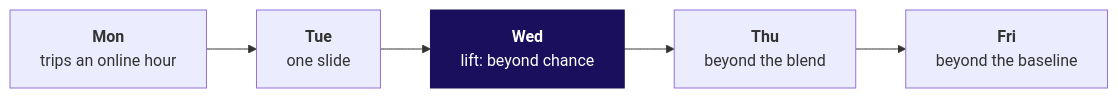
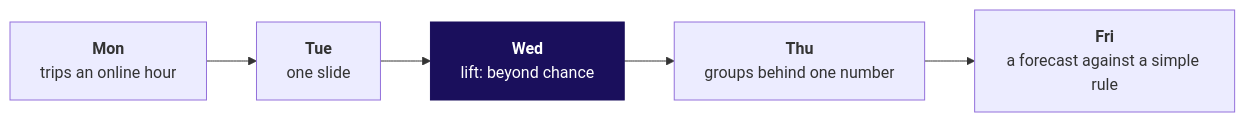
Before and after one commit to fde-academy-lab/c2-content-factory: the fifth of 9 diagrams in content/W04/D3/whiteboards/C2_W04_D03_board_work_STUDENT.md, drawn with Mermaid. The commit also changed other lines of this file and 20 other files, not shown here.

````diff
--- a/content/W04/D3/whiteboards/C2_W04_D03_board_work_STUDENT.md
+++ b/content/W04/D3/whiteboards/C2_W04_D03_board_work_STUDENT.md
@@ -99,9 +99,9 @@
 ```mermaid
 flowchart LR
     M["<b>Mon</b><br/>trips an online hour"] --> T["<b>Tue</b><br/>one slide"]
     T --> W["<b>Wed</b><br/>lift: beyond chance"]
-    W --> H["<b>Thu</b><br/>beyond the blend"]
-    H --> F["<b>Fri</b><br/>beyond the baseline"]
+    W --> H["<b>Thu</b><br/>groups behind one number"]
+    H --> F["<b>Fri</b><br/>a forecast against a simple rule"]
     classDef lit fill:#1A0F5C,stroke:#1A0F5C,color:#FFFFFF
     class W lit
 ```
````
